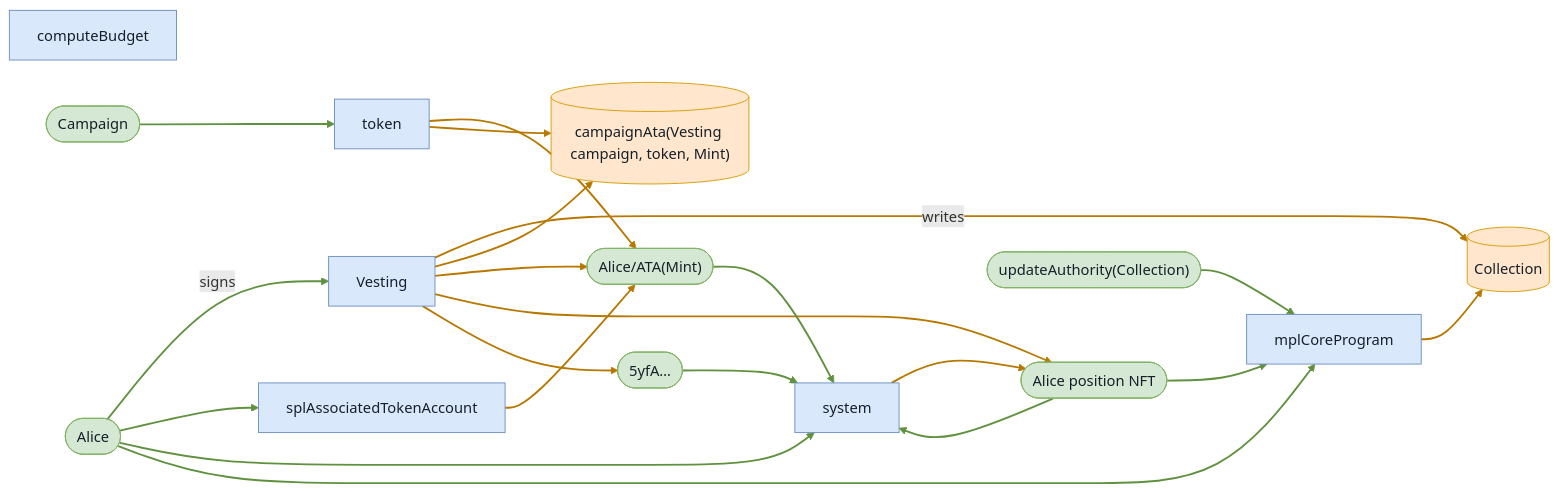
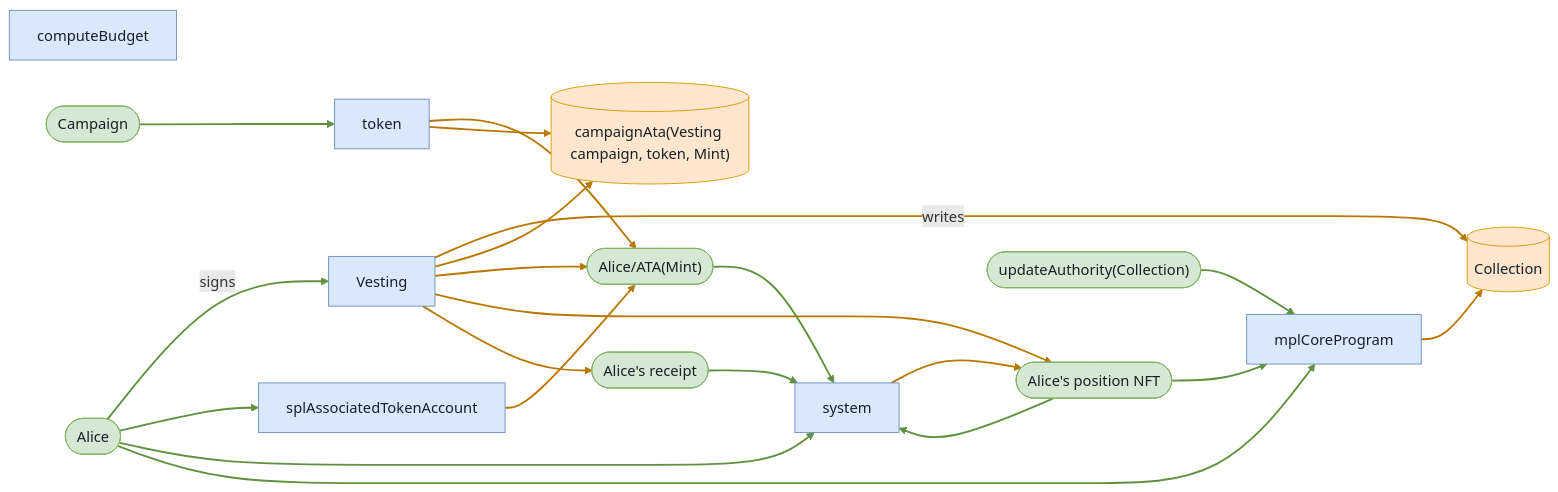
Before and after one commit to cds-turbin3/vesting-position: the fifth of 36 diagrams in babelfish-tests/test-report/full_lifecycle.md, drawn with Mermaid. The commit also changed other lines of this file and 104 other files, not shown here.

````diff
--- a/babelfish-tests/test-report/full_lifecycle.md
+++ b/babelfish-tests/test-report/full_lifecycle.md
@@ -319,42 +319,42 @@
 ```mermaid
 flowchart LR
     computeBudget["computeBudget"]:::program
     Vesting["Vesting"]:::program
     Alice(["Alice"]):::signer
     Collection[("Collection")]:::state
     campaignAtaVestingcampaigntokenMint[("campaignAta(Vesting campaign, token, Mint)")]:::state
     AliceATAMint(["Alice/ATA(Mint)"]):::signer
-    AlicepositionNFT(["Alice position NFT"]):::signer
-    n5yfA(["5yfA…"]):::signer
+    AlicespositionNFT(["Alice's position NFT"]):::signer
+    Alicesreceipt(["Alice's receipt"]):::signer
     splAssociatedTokenAccount["splAssociatedTokenAccount"]:::program
     token["token"]:::program
     system["system"]:::program
     mplCoreProgram["mplCoreProgram"]:::program
     updateAuthorityCollection(["updateAuthority(Collection)"]):::signer
     Campaign(["Campaign"]):::signer
     Alice -->|signs| Vesting
     Vesting -->|writes| Collection
     Vesting --> campaignAtaVestingcampaigntokenMint
     Vesting --> AliceATAMint
-    Vesting --> AlicepositionNFT
-    Vesting --> n5yfA
+    Vesting --> AlicespositionNFT
+    Vesting --> Alicesreceipt
     Alice --> splAssociatedTokenAccount
     splAssociatedTokenAccount --> AliceATAMint
     Alice --> system
     AliceATAMint --> system
     token --> AliceATAMint
-    n5yfA --> system
-    AlicepositionNFT --> mplCoreProgram
+    Alicesreceipt --> system
+    AlicespositionNFT --> mplCoreProgram
     mplCoreProgram --> Collection
     updateAuthorityCollection --> mplCoreProgram
     Alice --> mplCoreProgram
-    AlicepositionNFT --> system
-    system --> AlicepositionNFT
+    AlicespositionNFT --> system
+    system --> AlicespositionNFT
     token --> campaignAtaVestingcampaigntokenMint
     Campaign --> token
     classDef program fill:#dae8fc,stroke:#6c8ebf,color:#17202a;
     classDef signer fill:#d5e8d4,stroke:#82b366,color:#17202a;
     classDef state fill:#ffe6cc,stroke:#d79b00,color:#17202a;
     linkStyle 0,6,8,9,11,12,14,15,16,19 stroke:#5f913f,stroke-width:2px
     linkStyle 1,2,3,4,5,7,10,13,17,18 stroke:#b87800,stroke-width:2px
 ```
````
